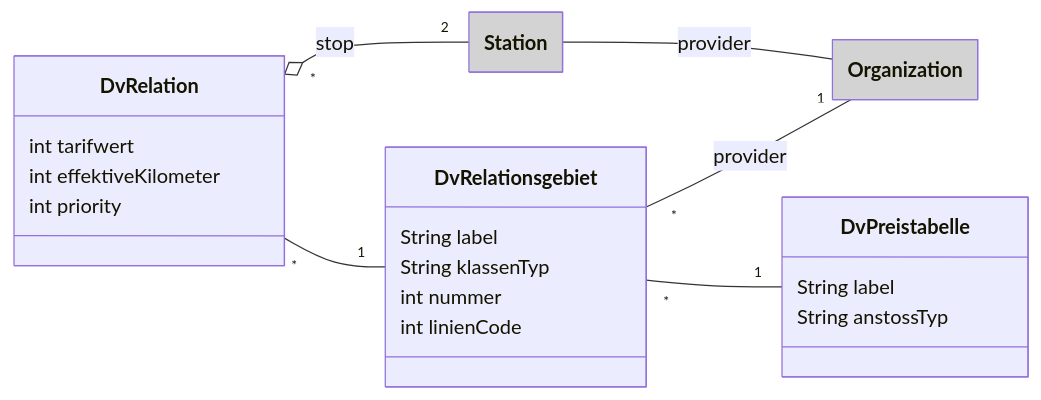
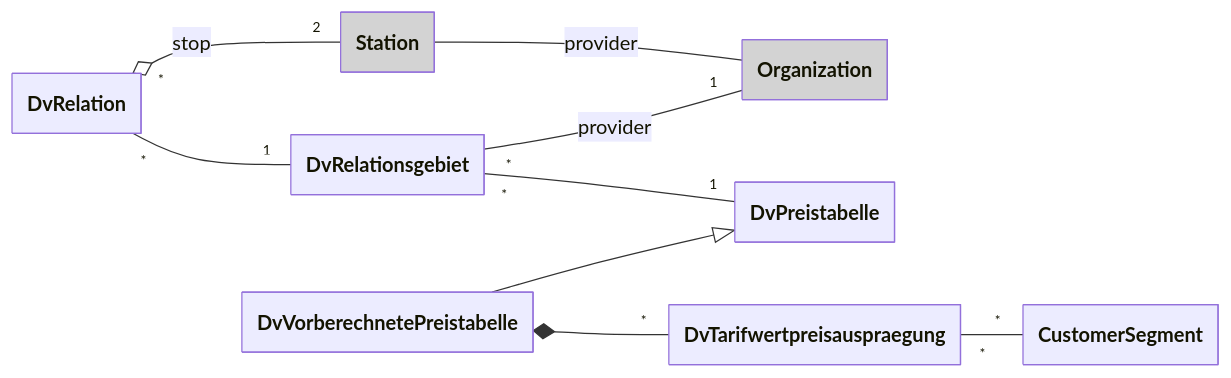
One commit to zazuko/opentransportdata-swiss changed the third of 3 diagrams in datamodel.md. Above: the diagram before and after it, drawn with Mermaid. The commit also changed other lines of this file and 1 other file, not shown here.

````diff
--- a/datamodel.md
+++ b/datamodel.md
@@ -69,38 +74,24 @@
 ```mermaid
 ---
   config:
     class:
       hideEmptyMembersBox: true
 ---
 classDiagram
     direction LR
     DvRelationsgebiet "*" -- "1" Organization : provider
-    DvRelationsgebiet "*" -- "1" DvPreistabelle
-
-    DvRelation "*" -- "1" DvRelationsgebiet
+    DvRelationsgebiet "*" -- "1" DvPreistabelle    
 
     DvRelation "*" o-- "2" Station : stop
+    DvRelation "*" -- "1" DvRelationsgebiet
 
     Station -- Organization : provider
     
-    class DvRelationsgebiet {
-        String label
-        String klassenTyp
-        int nummer
-        int linienCode
-    }
+    DvVorberechnetePreistabelle --|> DvPreistabelle
+    DvVorberechnetePreistabelle  *-- "*" DvTarifwertpreisauspraegung
 
-    class DvPreistabelle {
-        String label
-        String anstossTyp
-    }
-
-    class DvRelation {
-        int tarifwert
-        int effektiveKilometer
-        int priority
-    }
+    DvTarifwertpreisauspraegung "*" -- "*" CustomerSegment
 
     style Station fill:lightgray
     style Organization fill:lightgray
 ```
````
